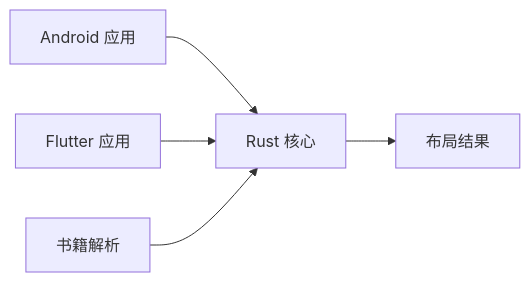
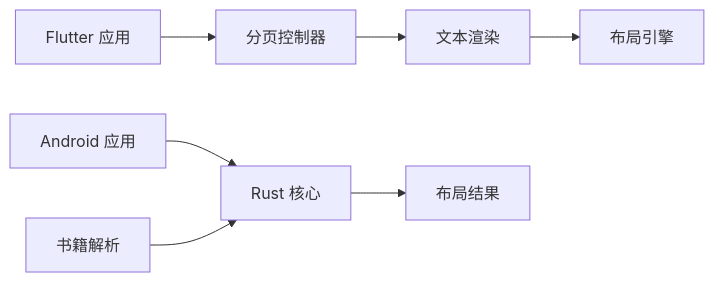
Diagram 11 of 11 in .qoder/repowiki/zh/content/Flutter跨平台应用/UI组件系统/中文排版引擎.md (ZhangGHGitHub/LegadoTeamFlutter), drawn with Mermaid before and after one commit. The commit also changed other lines of this file and 173 other files, not shown here.

````diff
--- a/.qoder/repowiki/zh/content/Flutter跨平台应用/UI组件系统/中文排版引擎.md
+++ b/.qoder/repowiki/zh/content/Flutter跨平台应用/UI组件系统/中文排版引擎.md
@@ -256,7 +451,9 @@
 ```mermaid
 graph LR
 Android["Android 应用"] --> RustCore["Rust 核心"]
-Flutter["Flutter 应用"] --> RustCore
+Flutter["Flutter 应用"] --> PageView["分页控制器"]
+PageView --> TextContent["文本渲染"]
+TextContent --> LayoutEngine["布局引擎"]
 BookParser["书籍解析"] --> RustCore
 RustCore --> Output["布局结果"]
 ```
````
